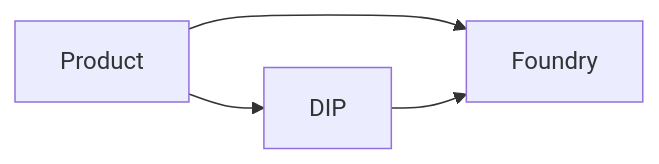
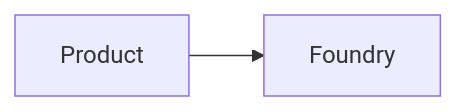
The diagram in rules/ARCHITECTURE.md (openbkn-ai/bkn-foundry), drawn with Mermaid before and after one commit. The commit also changed other lines of this file and 1 other file, not shown here.

First line of the commit message:
docs(rules): remove DIP layer from architecture (platform is backend-only)

````diff
--- a/rules/ARCHITECTURE.md
+++ b/rules/ARCHITECTURE.md
@@ -16,6 +15,4 @@
 ```mermaid
 flowchart LR
-  Product[Product] --> DIP[DIP]
-  Product --> Foundry[Foundry]
-  DIP --> Foundry
+  Product[Product] --> Foundry[Foundry]
 ```
````
